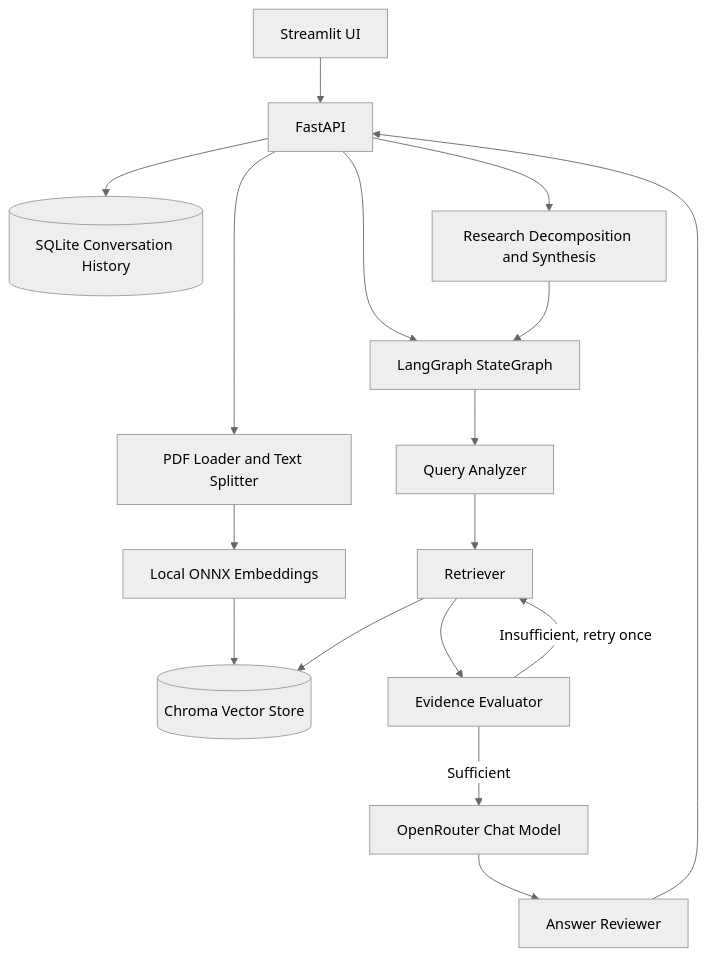
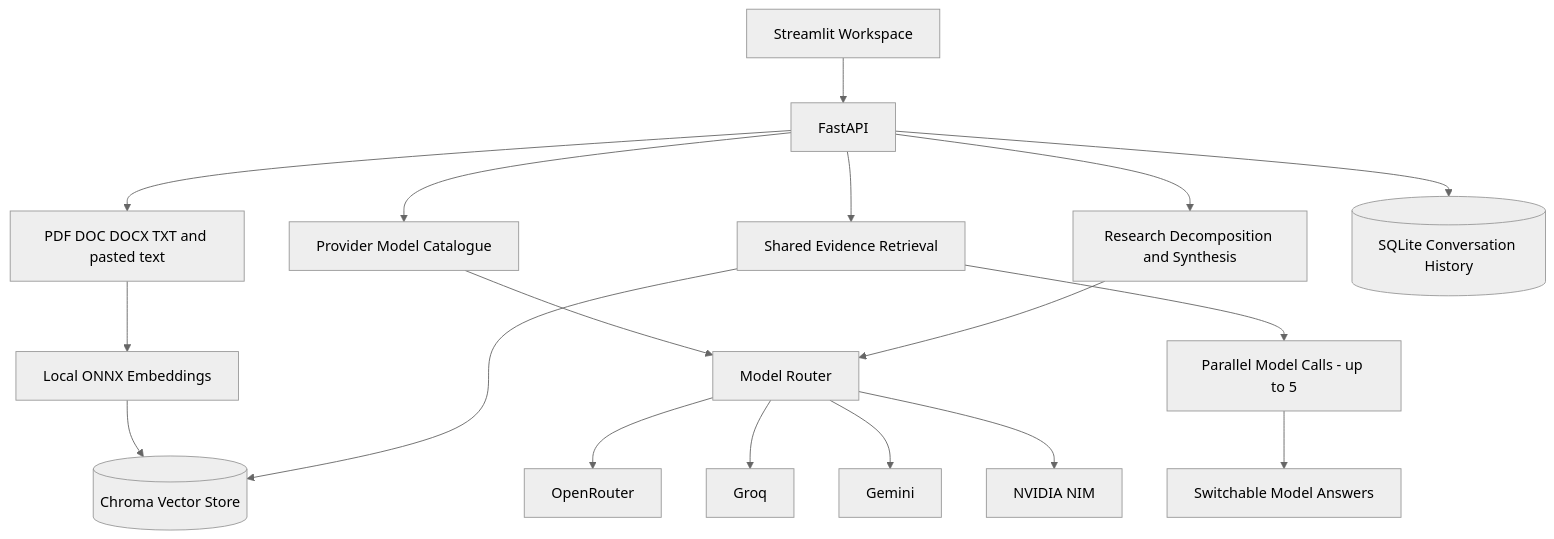
The diagram in README.md (AravindSAsok/ResearchFlowAI), drawn with Mermaid (neutral theme) before and after one commit. The commit also changed other lines of this file and 21 other files, not shown here.

Commit message:
Build ResearchFlow AI research workspace

````diff
--- a/README.md
+++ b/README.md
@@ -19,19 +23,20 @@
 ```mermaid
 flowchart TD
-    UI[Streamlit UI] --> API[FastAPI]
-    API --> INGEST[PDF Loader and Text Splitter]
+    UI[Streamlit Workspace] --> API[FastAPI]
+    API --> INGEST[PDF DOC DOCX TXT and pasted text]
     INGEST --> EMBED[Local ONNX Embeddings]
     EMBED --> DB[(Chroma Vector Store)]
-    API --> GRAPH[LangGraph StateGraph]
-    GRAPH --> QA[Query Analyzer]
-    QA --> RET[Retriever]
+    API --> CATALOG[Provider Model Catalogue]
+    CATALOG --> ROUTER[Model Router]
+    ROUTER --> OR[OpenRouter]
+    ROUTER --> GQ[Groq]
+    ROUTER --> GE[Gemini]
+    ROUTER --> NV[NVIDIA NIM]
+    API --> RET[Shared Evidence Retrieval]
     RET --> DB
-    RET --> EVAL[Evidence Evaluator]
-    EVAL -->|Insufficient, retry once| RET
-    EVAL -->|Sufficient| LLM[OpenRouter Chat Model]
-    LLM --> REVIEW[Answer Reviewer]
-    REVIEW --> API
+    RET --> PAR[Parallel Model Calls - up to 5]
+    PAR --> ANSWERS[Switchable Model Answers]
+    API --> RESEARCH[Research Decomposition and Synthesis]
+    RESEARCH --> ROUTER
     API --> SQL[(SQLite Conversation History)]
-    API --> RESEARCH[Research Decomposition and Synthesis]
-    RESEARCH --> GRAPH
 ```
````
